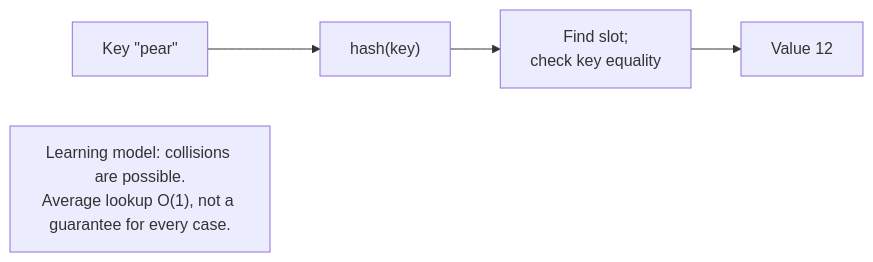
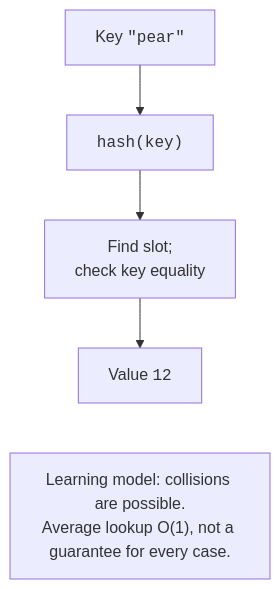
The diagram in src/courses/python/05-collections/sets-dicts.md (musicvano/Blog), drawn with Mermaid before and after one commit. The commit also changed other lines of this file and 583 other files, not shown here.

````diff
--- a/src/courses/python/05-collections/sets-dicts.md
+++ b/src/courses/python/05-collections/sets-dicts.md
@@ -42,7 +42,7 @@
 ```mermaid
-flowchart LR
-  KEY["Key #quot;pear#quot;"] --> HASH["hash(key)"]
+flowchart TB
+  KEY["Key <code>#quot;pear#quot;</code>"] --> HASH["<code>hash(key)</code>"]
   HASH --> SLOT["Find slot;<br>check key equality"]
-  SLOT --> VAL["Value 12"]
-  N["Learning model: collisions are possible.<br>Average lookup O(1), not a guarantee for every case."]
+  SLOT --> VAL["Value <code>12</code>"]
+  VAL ~~~ N["Learning model: collisions are possible.<br>Average lookup O(1), not a guarantee for every case."]
 ```
````
